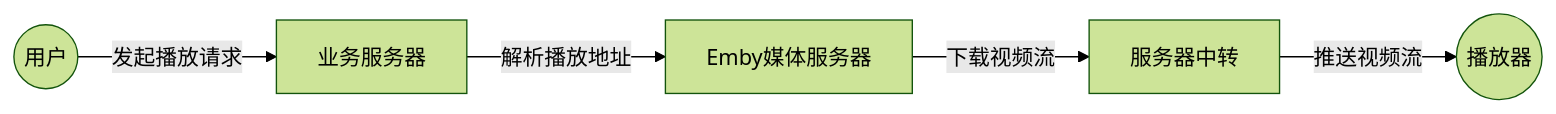
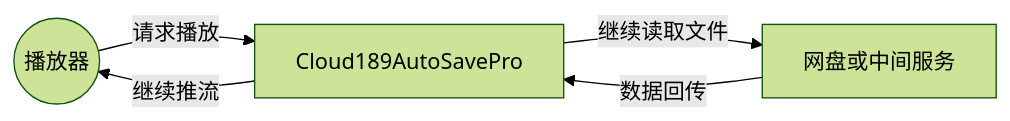
Before and after one commit to 1307super/Cloud189AutoSaveProDoc: the first of 2 diagrams in content/usage/proxy.md, drawn with Mermaid (forest theme). The commit also changed other lines of this file and 10 other files, not shown here.

```diff
--- a/content/usage/proxy.md
+++ b/content/usage/proxy.md
@@ -21,7 +41,7 @@
 {{< mermaid >}}
 graph LR
-    User((用户)) -->|发起播放请求| Server[业务服务器]
-    Server -->|解析播放地址| Emby[Emby媒体服务器]
-    Emby -->|下载视频流| Download[服务器中转]
-    Download -->|推送视频流| Player((播放器))
+    User((播放器)) -->|请求播放| Server[Cloud189AutoSavePro]
+    Server -->|继续读取文件| Storage[网盘或中间服务]
+    Storage -->|数据回传| Server
+    Server -->|继续推流| User
 {{< /mermaid >}}
```
